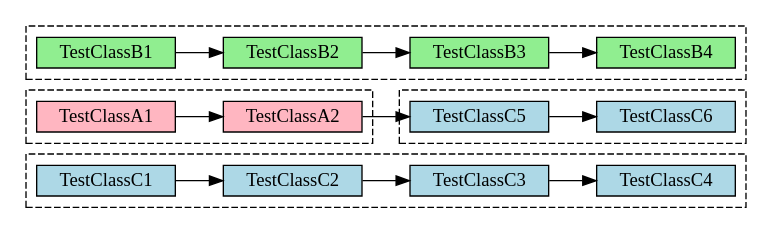
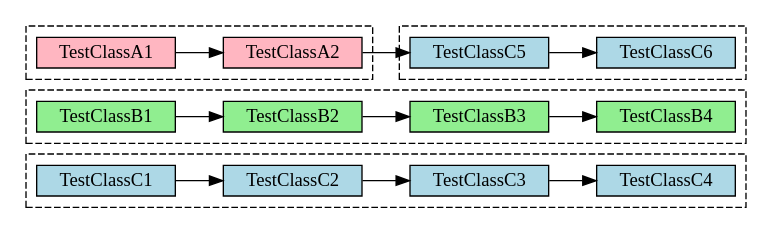
The fifth of 5 diagrams in website/blog/modules/ROOT/pages/11-jvm-test-parallelism.adoc (com-lihaoyi/mill), drawn with Graphviz before and after one commit. The commit also changed other lines of this file, not shown here.

````diff
--- a/website/blog/modules/ROOT/pages/11-jvm-test-parallelism.adoc
+++ b/website/blog/modules/ROOT/pages/11-jvm-test-parallelism.adoc
@@ -446,42 +474,43 @@
 ```graphviz
 digraph G {
   rankdir=LR
   node [shape=box width=0 height=0]
 
 
   style="dashed"
   subgraph cluster_c1 {
     TestClassC1 [style=filled fillcolor=lightblue]
     TestClassC2 [style=filled fillcolor=lightblue]
     TestClassC3 [style=filled fillcolor=lightblue]
     TestClassC4 [style=filled fillcolor=lightblue]
 
-  }
-  subgraph cluster_c5 {
-    TestClassC5 [style=filled fillcolor=lightblue]
-    TestClassC6 [style=filled fillcolor=lightblue]
   }
   subgraph cluster_b1 {
     TestClassB1 [style=filled fillcolor=lightgreen]
     TestClassB2 [style=filled fillcolor=lightgreen]
     TestClassB3 [style=filled fillcolor=lightgreen]
     TestClassB4 [style=filled fillcolor=lightgreen]
 
   }
 
 
 
 
   subgraph cluster_a1 {
     TestClassA1 [style=filled fillcolor=lightpink]
     TestClassA2 [style=filled fillcolor=lightpink]
 
   }
+  subgraph cluster_c5 {
+    TestClassC5 [style=filled fillcolor=lightblue]
+    TestClassC6 [style=filled fillcolor=lightblue]
+  }
+
 
 
   TestClassA1 -> TestClassA2 -> TestClassC5 -> TestClassC6
   TestClassB1 -> TestClassB2 -> TestClassB3 -> TestClassB4
 
   TestClassC1 -> TestClassC2 -> TestClassC3 -> TestClassC4
 }
 ```
````
